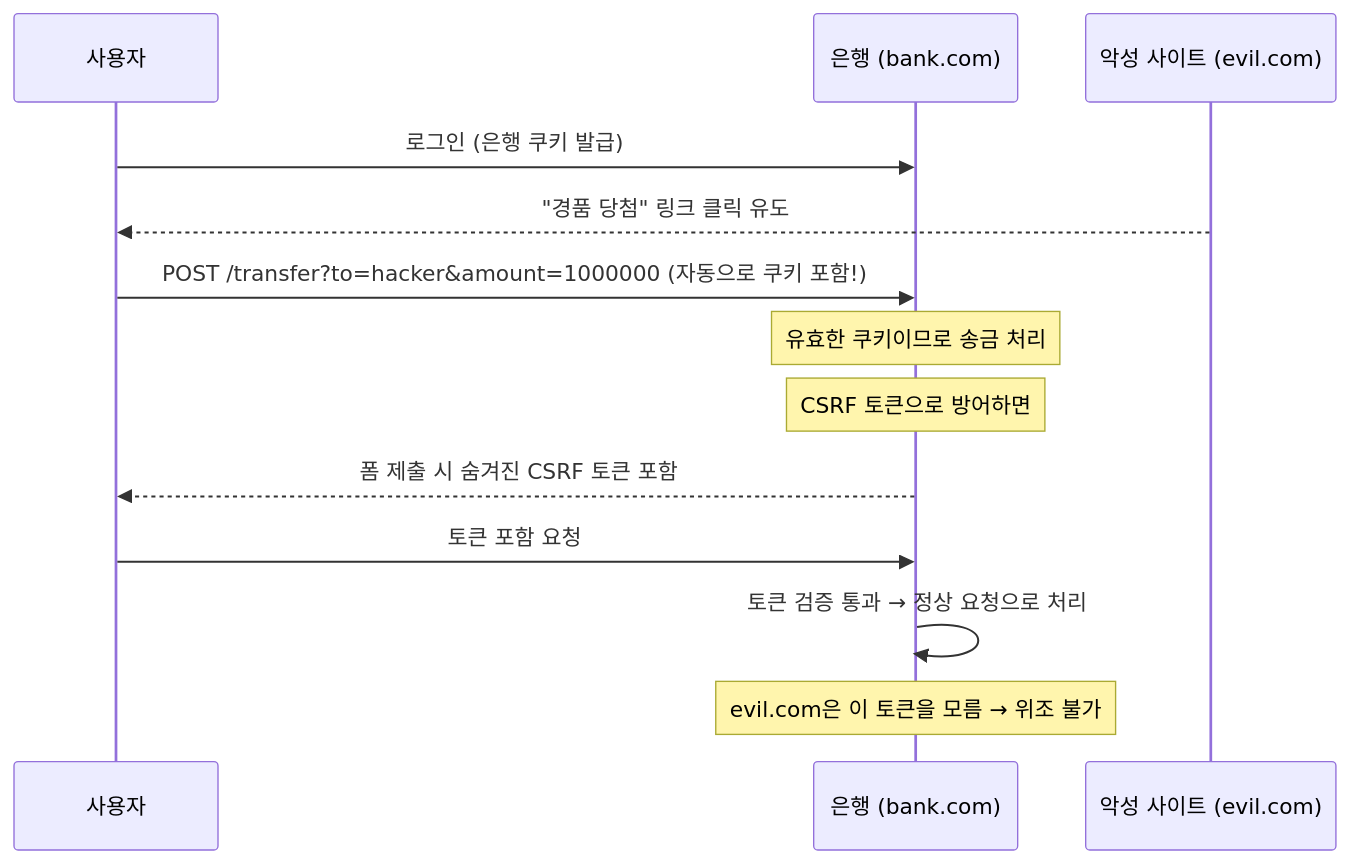
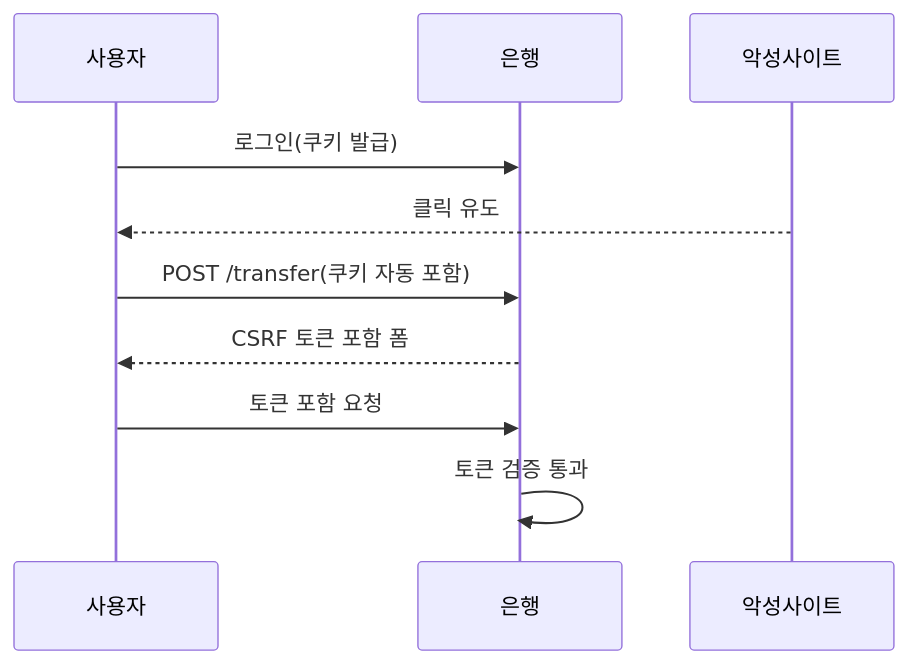
The sixth of 7 diagrams in _posts/spring/2026-05-02-spring-security-deep.md (yjkim2015/yjkim2015.github.io), drawn with Mermaid before and after one commit. The commit also changed other lines of this file and 155 other files, not shown here.

First line of the commit message:
Mermaid 전면 수정: subgraph 제거, participant/노드/줄수 축소 (342블록)

````diff
--- a/_posts/spring/2026-05-02-spring-security-deep.md
+++ b/_posts/spring/2026-05-02-spring-security-deep.md
@@ -451,15 +447,12 @@
 ```mermaid
 sequenceDiagram
     participant U as 사용자
-    participant B as 은행 (bank.com)
-    participant M as 악성 사이트 (evil.com)
-    U->>B: 로그인 (은행 쿠키 발급)
-    M-->>U: "경품 당첨" 링크 클릭 유도
-    U->>B: POST /transfer?to=hacker&amount=1000000 (자동으로 쿠키 포함!)
-    Note over B: 유효한 쿠키이므로 송금 처리
-    Note over B: CSRF 토큰으로 방어하면
-    B-->>U: 폼 제출 시 숨겨진 CSRF 토큰 포함
+    participant B as 은행
+    participant M as 악성사이트
+    U->>B: 로그인(쿠키 발급)
+    M-->>U: 클릭 유도
+    U->>B: POST /transfer(쿠키 자동 포함)
+    B-->>U: CSRF 토큰 포함 폼
     U->>B: 토큰 포함 요청
-    B->>B: 토큰 검증 통과 → 정상 요청으로 처리
-    Note over B: evil.com은 이 토큰을 모름 → 위조 불가
+    B->>B: 토큰 검증 통과
 ```
````
